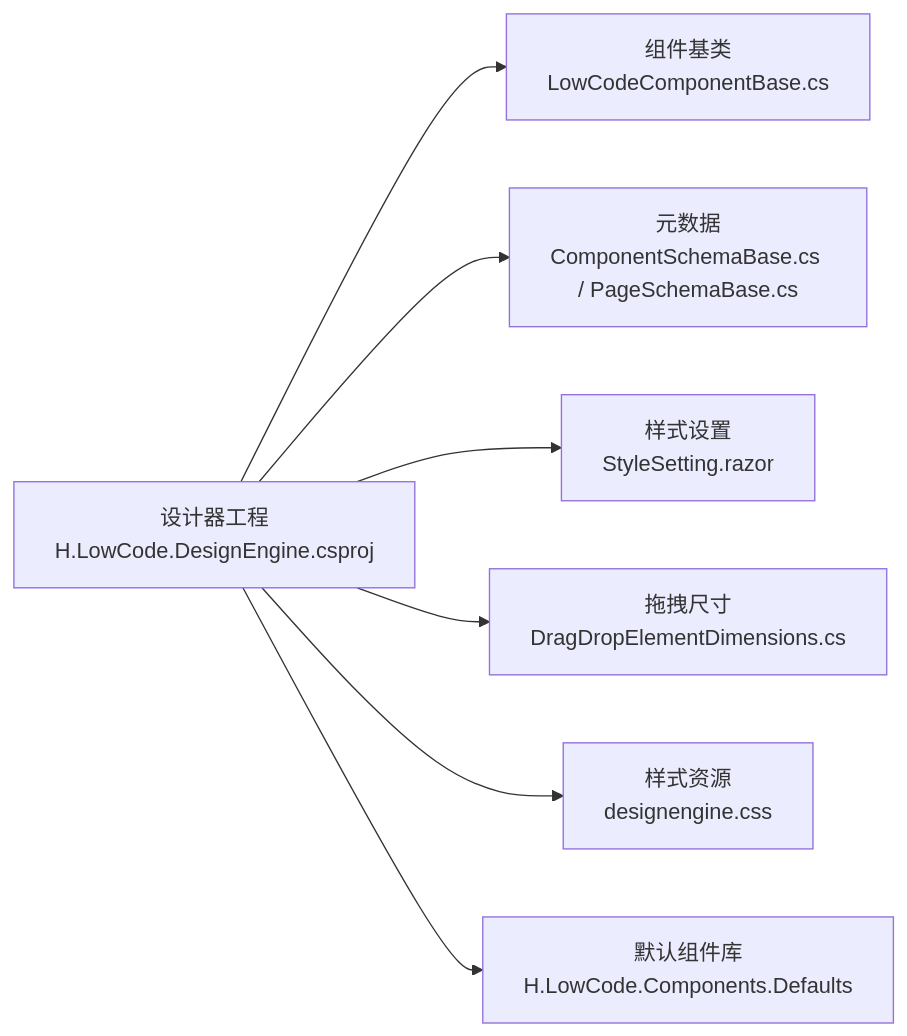
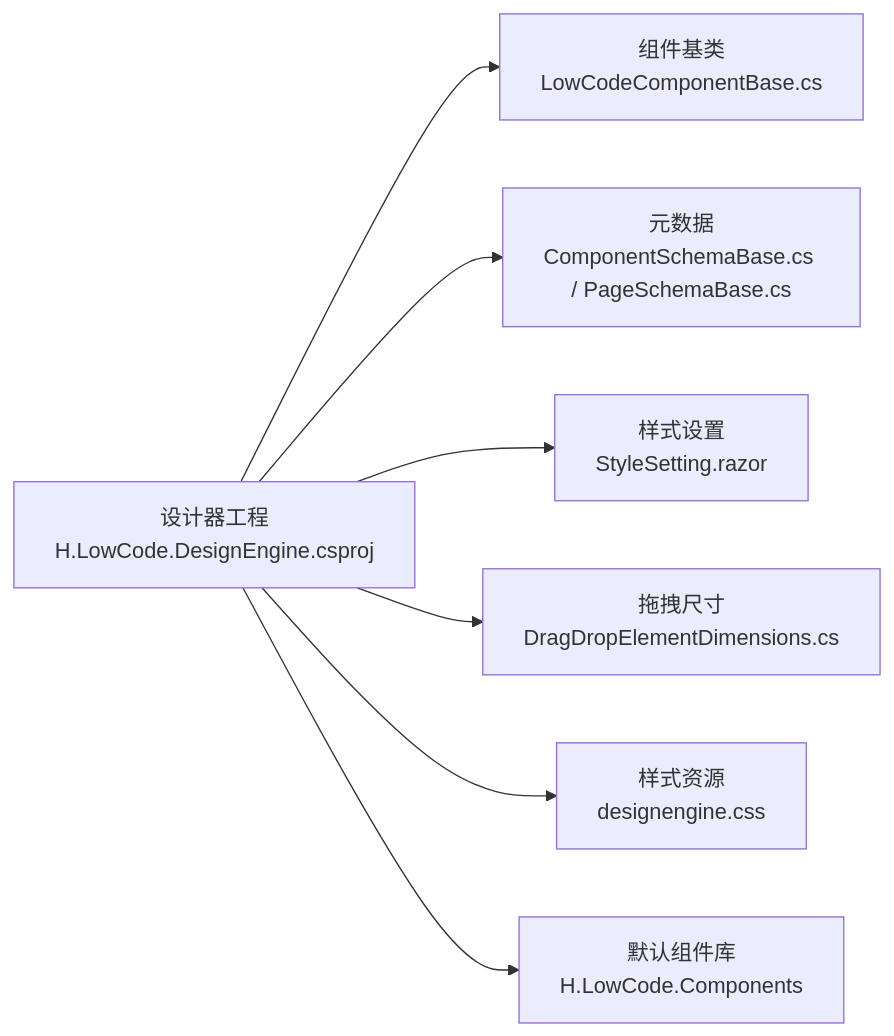
The tenth of 10 diagrams in .qoder/repowiki/zh/content/低代码引擎/设计引擎/设计引擎.md (openlowcodelab/lowcode), drawn with Mermaid before and after one commit. The commit also changed 90 other files, not shown here.

Commit message:
[LowCode] 组件库重命名

````diff
--- a/.qoder/repowiki/zh/content/低代码引擎/设计引擎/设计引擎.md
+++ b/.qoder/repowiki/zh/content/低代码引擎/设计引擎/设计引擎.md
@@ -411,9 +411,9 @@
 ```mermaid
 graph LR
 DE["设计器工程<br/>H.LowCode.DesignEngine.csproj"] --> CB["组件基类<br/>LowCodeComponentBase.cs"]
 DE --> MS["元数据<br/>ComponentSchemaBase.cs / PageSchemaBase.cs"]
 DE --> ST["样式设置<br/>StyleSetting.razor"]
 DE --> DR["拖拽尺寸<br/>DragDropElementDimensions.cs"]
 DE --> CSS["样式资源<br/>designengine.css"]
-DE --> DEF["默认组件库<br/>H.LowCode.Components.Defaults"]
+DE --> DEF["默认组件库<br/>H.LowCode.Components"]
 ```
````
